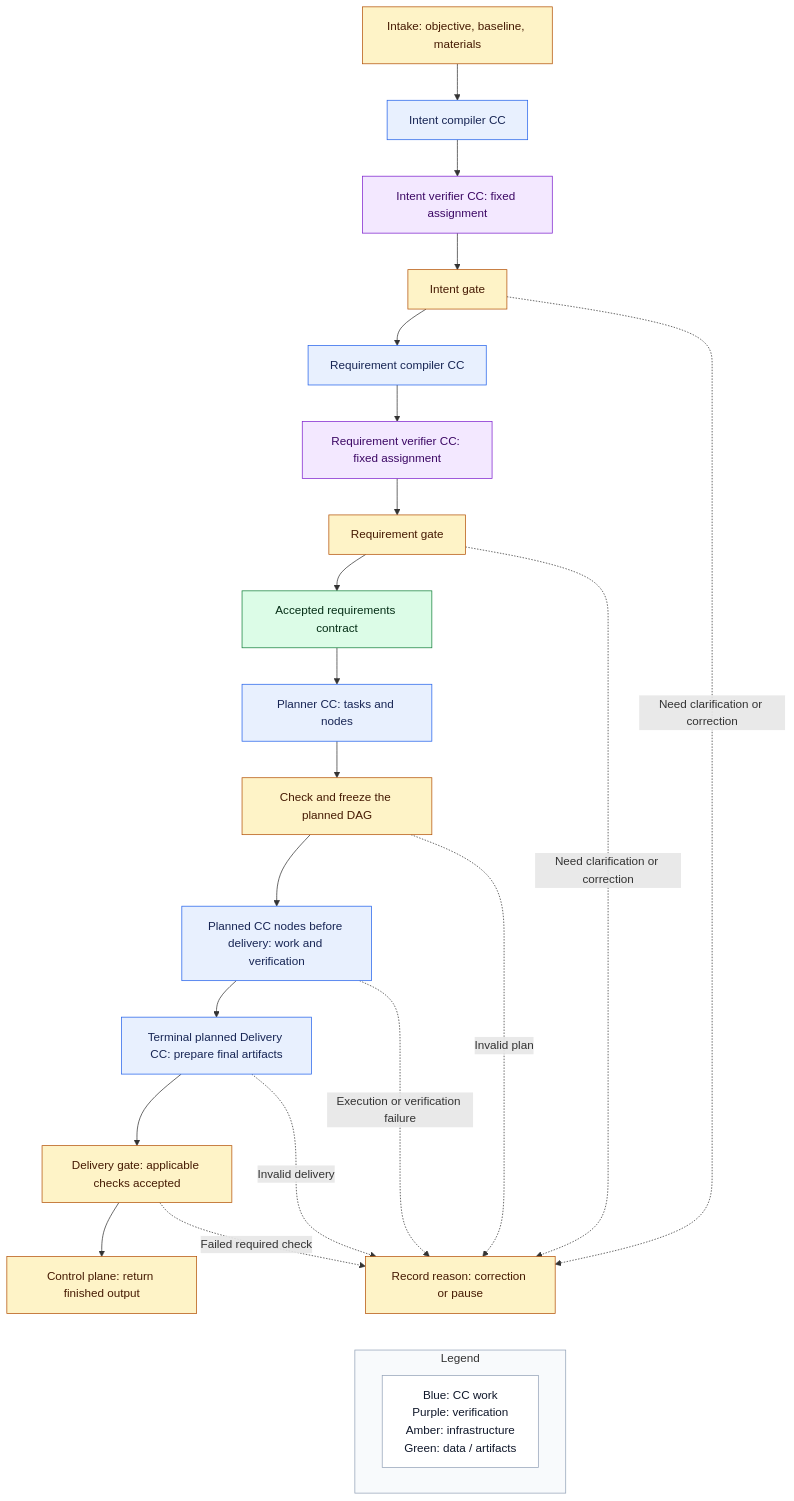
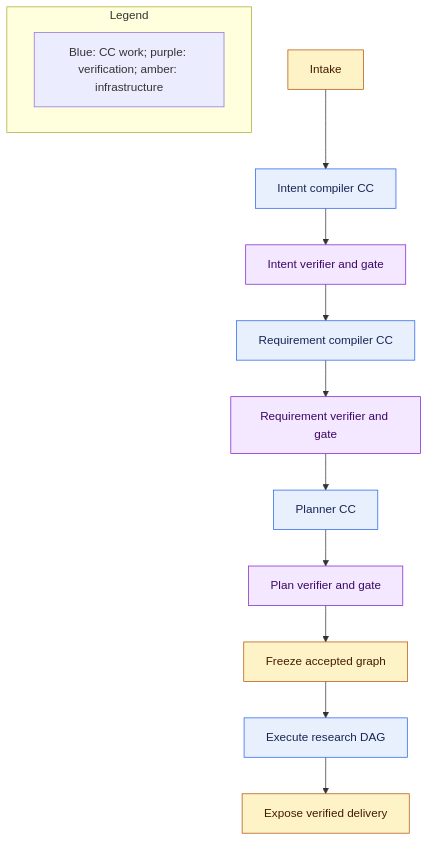
The first of 2 diagrams in docs/architecture/workflow.md (Stellven/jiuwenswarm), drawn with Mermaid before and after one commit. The commit also changed other lines of this file and 12 other files, not shown here.

Commit message:
Prepare M1 architecture and intent-trial Spec Kit handoff

````diff
--- a/docs/architecture/workflow.md
+++ b/docs/architecture/workflow.md
@@ -9,40 +9,21 @@
 ```mermaid
 flowchart TB
-    Intake[Intake: objective, baseline, materials]
-    Intent[Intent compiler CC]
-    IntentCheck[Intent verifier CC: fixed assignment]
-    IntentGate[Intent gate]
-    Requirements[Requirement compiler CC]
-    RequirementCheck[Requirement verifier CC: fixed assignment]
-    RequirementGate[Requirement gate]
-    Contract[Accepted requirements contract]
-    Planner[Planner CC: tasks and nodes]
-    Freeze[Check and freeze the planned DAG]
-    Run[Planned CC nodes before delivery: work and verification]
-    Finish[Terminal planned Delivery CC: prepare final artifacts]
-    Out[Control plane: return finished output]
-    Intake --> Intent --> IntentCheck --> IntentGate --> Requirements
-    Requirements --> RequirementCheck --> RequirementGate --> Contract --> Planner --> Freeze --> Run
-    FinalGate[Delivery gate: applicable checks accepted]
-    Run --> Finish --> FinalGate --> Out
-    IntentGate -.->|Need clarification or correction| Repair[Record reason: correction or pause]
-    RequirementGate -.->|Need clarification or correction| Repair
-    Freeze -.->|Invalid plan| Repair
-    Run -.->|Execution or verification failure| Repair
-    Finish -.->|Invalid delivery| Repair
-    FinalGate -.->|Failed required check| Repair
+    Intake[Intake] --> Intent[Intent compiler CC]
+    Intent --> IV[Intent verifier and gate]
+    IV --> Req[Requirement compiler CC]
+    Req --> RV[Requirement verifier and gate]
+    RV --> Plan[Planner CC]
+    Plan --> PV[Plan verifier and gate]
+    PV --> Freeze[Freeze accepted graph]
+    Freeze --> Run[Execute research DAG]
+    Run --> Out[Expose verified delivery]
     subgraph Legend[Legend]
-        LKey["Blue: CC work<br/>Purple: verification<br/>Amber: infrastructure<br/>Green: data / artifacts"]
+        Key[Blue: CC work; purple: verification; amber: infrastructure]
     end
-    Repair ~~~ Legend
     classDef work fill:#E8F0FE,stroke:#2563EB,color:#172554
     classDef verify fill:#F3E8FF,stroke:#7E22CE,color:#3B0764
     classDef control fill:#FEF3C7,stroke:#B45309,color:#451A03
-    classDef data fill:#DCFCE7,stroke:#15803D,color:#052E16
-    class Intent,Requirements,Planner,Run,Finish work
-    class IntentCheck,RequirementCheck verify
-    class Intake,IntentGate,RequirementGate,Freeze,FinalGate,Out,Repair control
-    class Contract data
-    style Legend fill:#F8FAFC,stroke:#94A3B8
-    style LKey fill:#FFFFFF,stroke:#94A3B8,color:#0F172A
+    class Intent,Req,Plan,Run work
+    class IV,RV,PV verify
+    class Intake,Freeze,Out control
 ```
````
